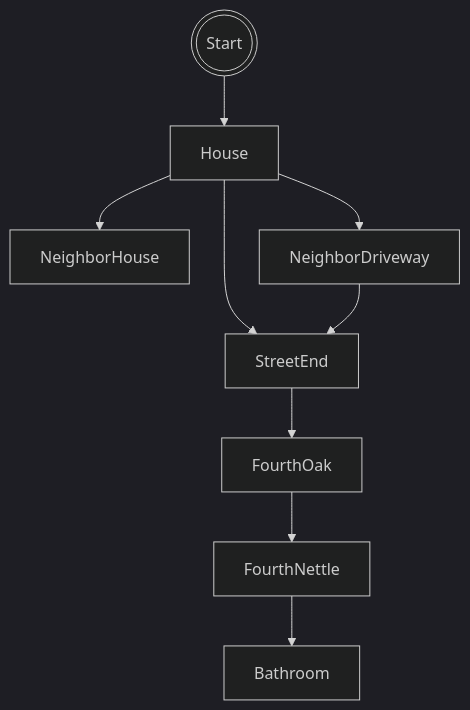
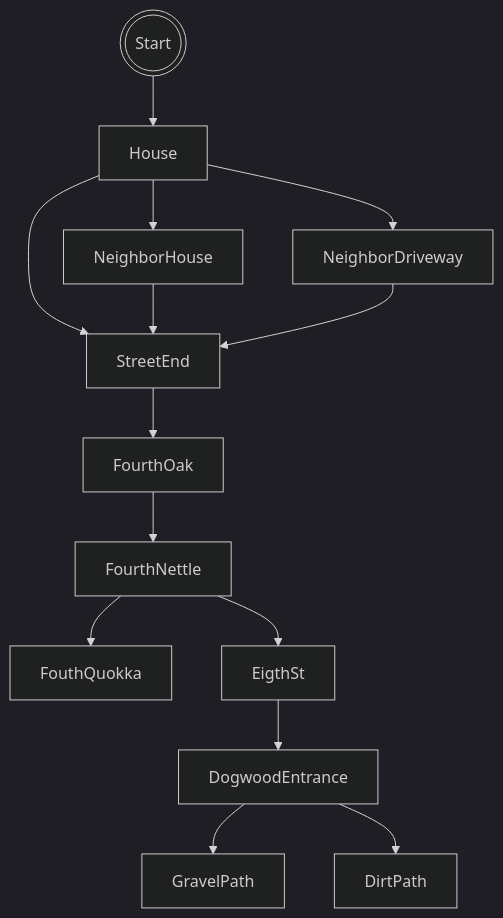
The diagram in projects/game/README.md (MRC8git/MRC8git.github.io), drawn with Mermaid (dark theme) before and after one commit.

Commit message:
map mostly dont

````diff
--- a/projects/game/README.md
+++ b/projects/game/README.md
@@ -9,11 +9,16 @@
 ```mermaid
 graph TD;
     Start(((Start)))-->House;
     House-->NeighborHouse;
     House-->NeighborDriveway;
     House-->StreetEnd;
+    NeighborHouse-->StreetEnd
     NeighborDriveway-->StreetEnd;
     StreetEnd-->FourthOak;
     FourthOak-->FourthNettle;
-    FourthNettle-->Bathroom;
+    FourthNettle-->FouthQuokka;
+    FourthNettle-->EigthSt;
+    EigthSt-->DogwoodEntrance;
+    DogwoodEntrance-->GravelPath;
+    DogwoodEntrance-->DirtPath;
 ```
````
